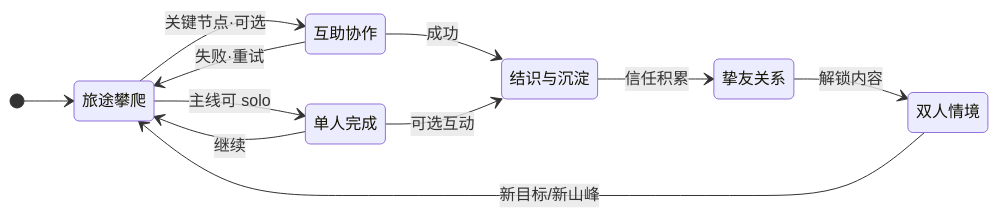
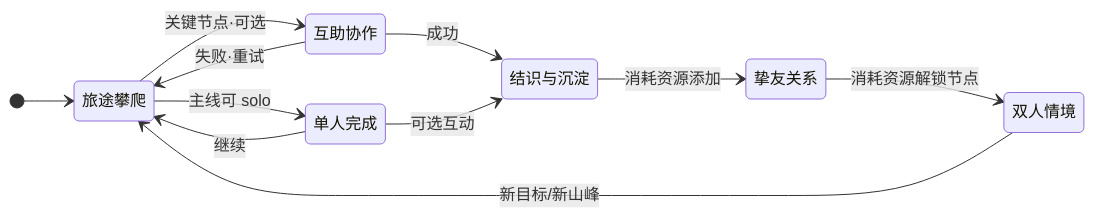
One commit to zanezhuzhi/DreamMountain changed the diagram in 项目/代号梦山/00_项目核心/03_Loops_核心循环.md. Above: the diagram before and after it, drawn with Mermaid. The commit also changed other lines of this file and 16 other files, not shown here.

````diff
--- a/项目/代号梦山/00_项目核心/03_Loops_核心循环.md
+++ b/项目/代号梦山/00_项目核心/03_Loops_核心循环.md
@@ -19,14 +19,14 @@
 ```mermaid
 stateDiagram-v2
     direction LR
     [*] --> 旅途攀爬
     旅途攀爬 --> 互助协作: 关键节点·可选
     旅途攀爬 --> 单人完成: 主线可 solo
     互助协作 --> 结识与沉淀: 成功
     互助协作 --> 旅途攀爬: 失败·重试
     单人完成 --> 结识与沉淀: 可选互动
     单人完成 --> 旅途攀爬: 继续
-    结识与沉淀 --> 挚友关系: 信任积累
-    挚友关系 --> 双人情境: 解锁内容
+    结识与沉淀 --> 挚友关系: 消耗资源添加
+    挚友关系 --> 双人情境: 消耗资源解锁节点
     双人情境 --> 旅途攀爬: 新目标/新山峰
 ```
````
